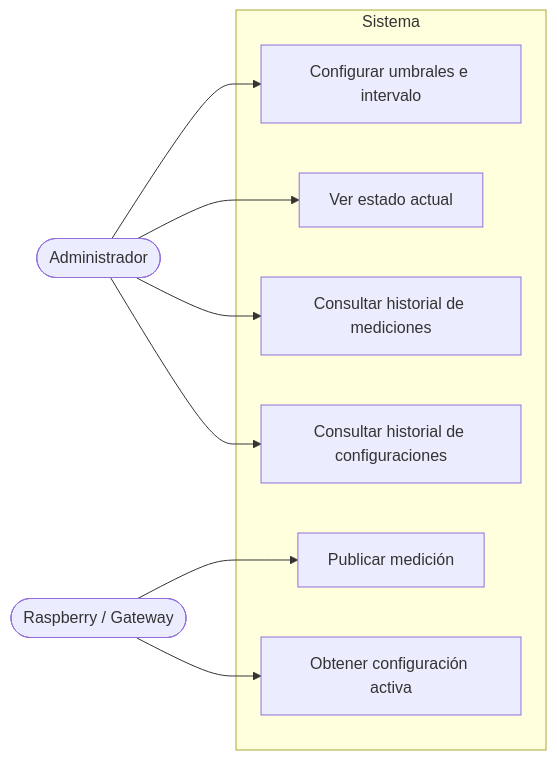
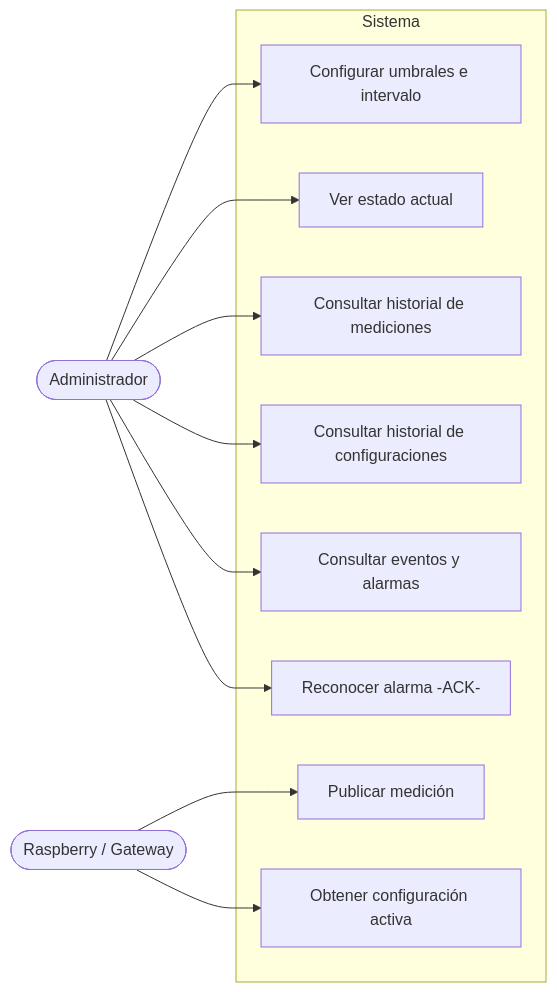
One commit to andinogabriel/plc-control-backend changed the second of 11 diagrams in README.md. Above: the diagram before and after it, drawn with Mermaid. The commit also changed other lines of this file, not shown here.

Commit message:
docs(readme): events/ACK endpoint, data-model UML, layered-architecture UML

````diff
--- a/README.md
+++ b/README.md
@@ -90,21 +93,25 @@
 ```mermaid
 flowchart LR
     Admin([Administrador])
     RPi([Raspberry / Gateway])
 
     subgraph Sistema
         UC1[Configurar umbrales e intervalo]
         UC2[Ver estado actual]
         UC3[Consultar historial de mediciones]
         UC4[Consultar historial de configuraciones]
         UC5[Publicar medición]
         UC6[Obtener configuración activa]
+        UC7[Consultar eventos y alarmas]
+        UC8[Reconocer alarma -ACK-]
     end
 
     Admin --> UC1
     Admin --> UC2
     Admin --> UC3
     Admin --> UC4
+    Admin --> UC7
+    Admin --> UC8
     RPi --> UC5
     RPi --> UC6
 ```
````
